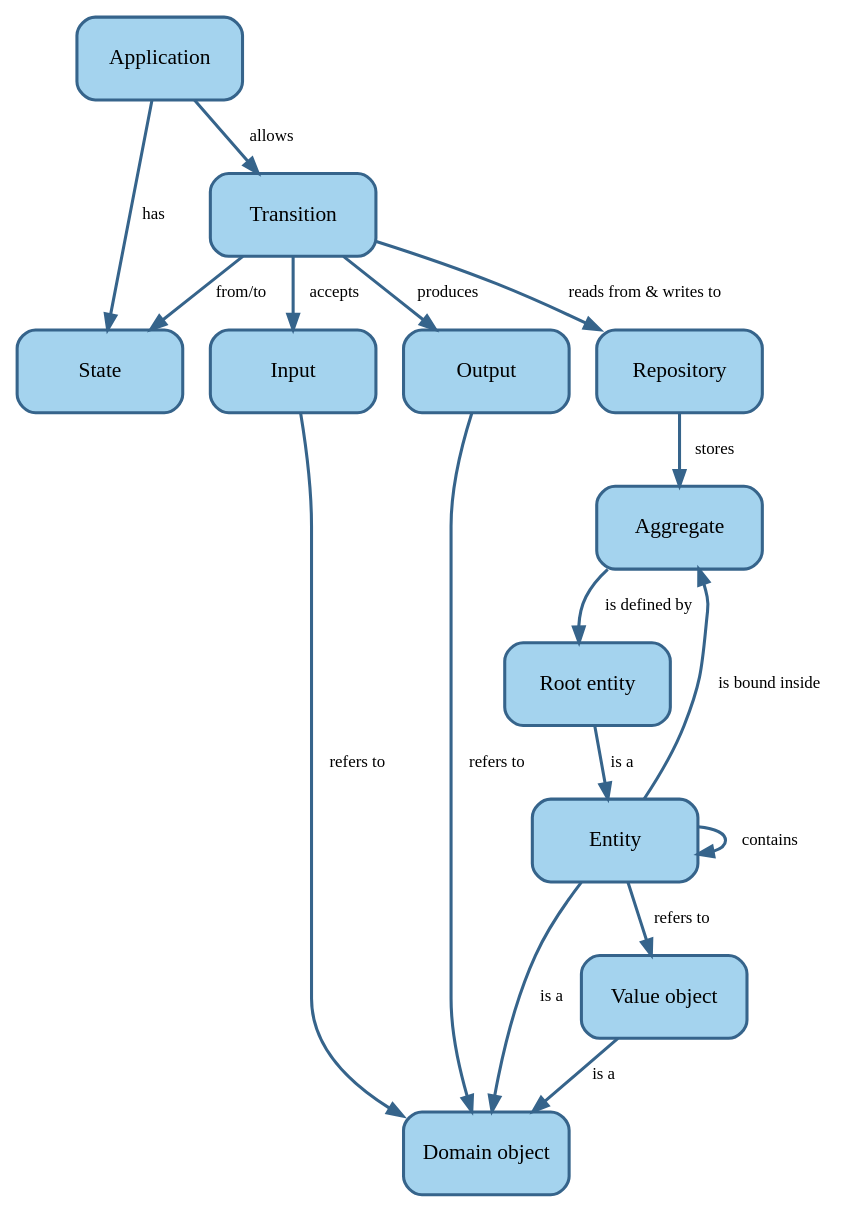
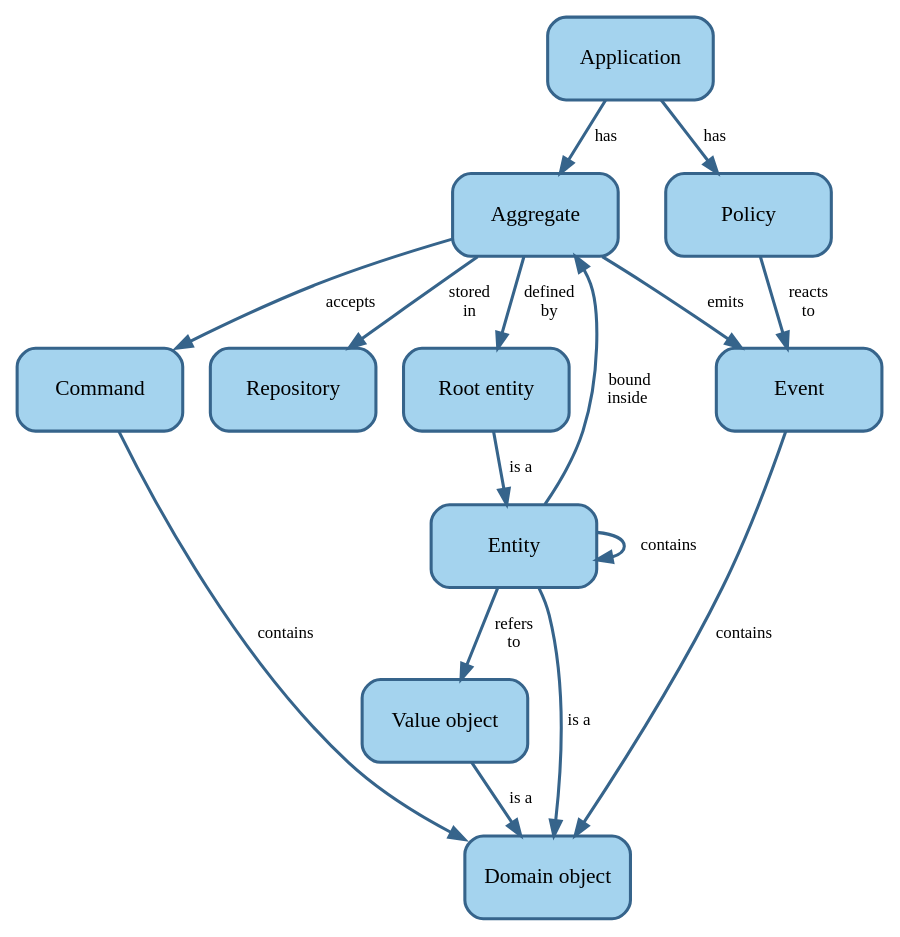
Before and after one commit to setms/book: the fourth of 4 diagrams in docs/requirements/analysis.md, drawn with Graphviz. The commit also changed other lines of this file and 1 other file, not shown here.

Commit message:
doc: Use Event Storming terminology for BDD scenarios

````diff
--- a/docs/requirements/analysis.md
+++ b/docs/requirements/analysis.md
@@ -251,29 +222,29 @@
 ```dot process
 digraph ddd_application_concept_map {
   node [shape=rect, style="rounded,filled", fixedsize=true, width=1.5, height=0.75, fillcolor=lightskyblue2,
     color=steelblue4, penwidth=2];
   edge [fontsize=11, color=steelblue4, penwidth=2];
 
-  Application -> State [label="has"];
-  Application -> Transition [label="  allows"];
-  Transition -> State [label="from/to"];
-  Transition -> Input [label="  accepts"];
-  Transition -> Output [label="  produces"];
-  Transition -> Repository [label="  reads from & writes to"];
-  Repository -> Aggregate [label="  stores"];
-  Aggregate -> RE [label="  is defined by"];
+  Application -> Aggregate [label=" has"];
+  Application -> Policy [label=" has"];
+  Aggregate -> Event [label="emits"];
+  Policy -> Event [label=" reacts\nto"];
+  Aggregate -> Command [label="accepts"];
+  Aggregate -> Repository [label=" stored\nin"];
+  Aggregate -> RE [label=" defined\nby"];
   RE[label="Root entity"];
   RE -> Entity [label=" is a"];
-  Entity -> DO [label="is a"];
+  Entity -> DO [label=" is a"];
   DO [label="Domain object"];
   VO -> DO [label=" is a"];
   VO [label="Value object"];
-  Entity -> VO [label=" refers to"];
+  Entity -> VO [label=" refers\nto"];
   Entity -> Entity [label="  contains"];
-  Entity -> Aggregate [label="is bound inside"];
-  Input -> DO [label="  refers to"];
-  Output -> DO [label="  refers to"];
+  Entity -> Aggregate [label="  bound\ninside"];
+  Command -> DO [label="contains"];
+  Event -> DO [label="contains"];
 
-  { rank=same; State; Input; Output; Repository }
+  { rank=same; Command; Event; }
+
 }
 ```
````
